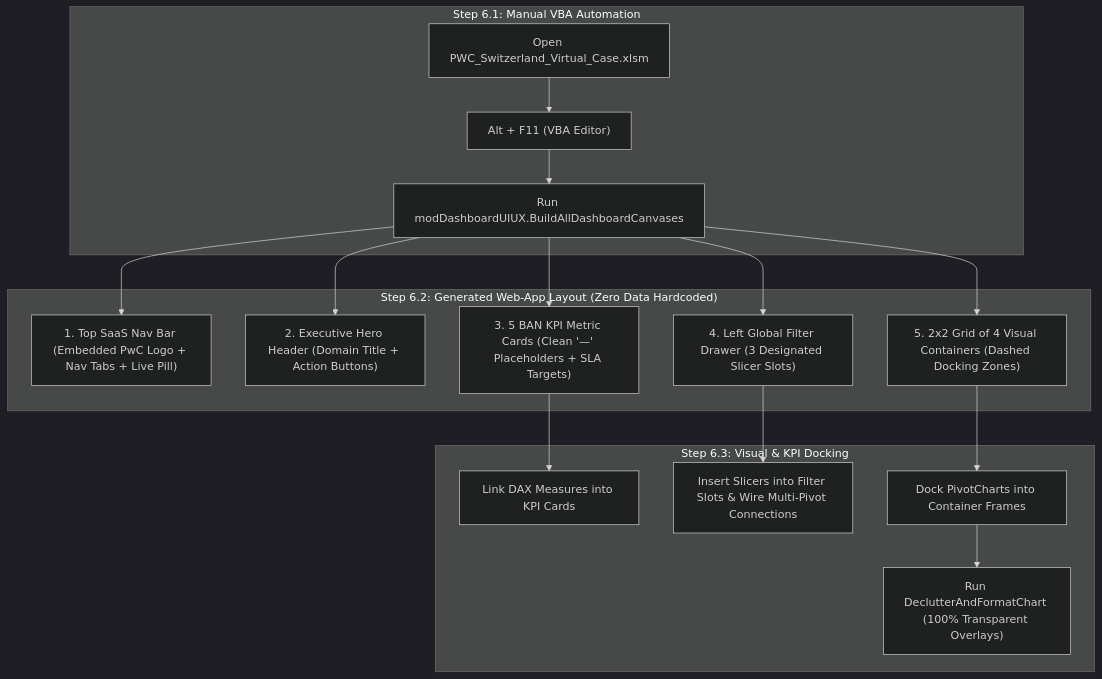
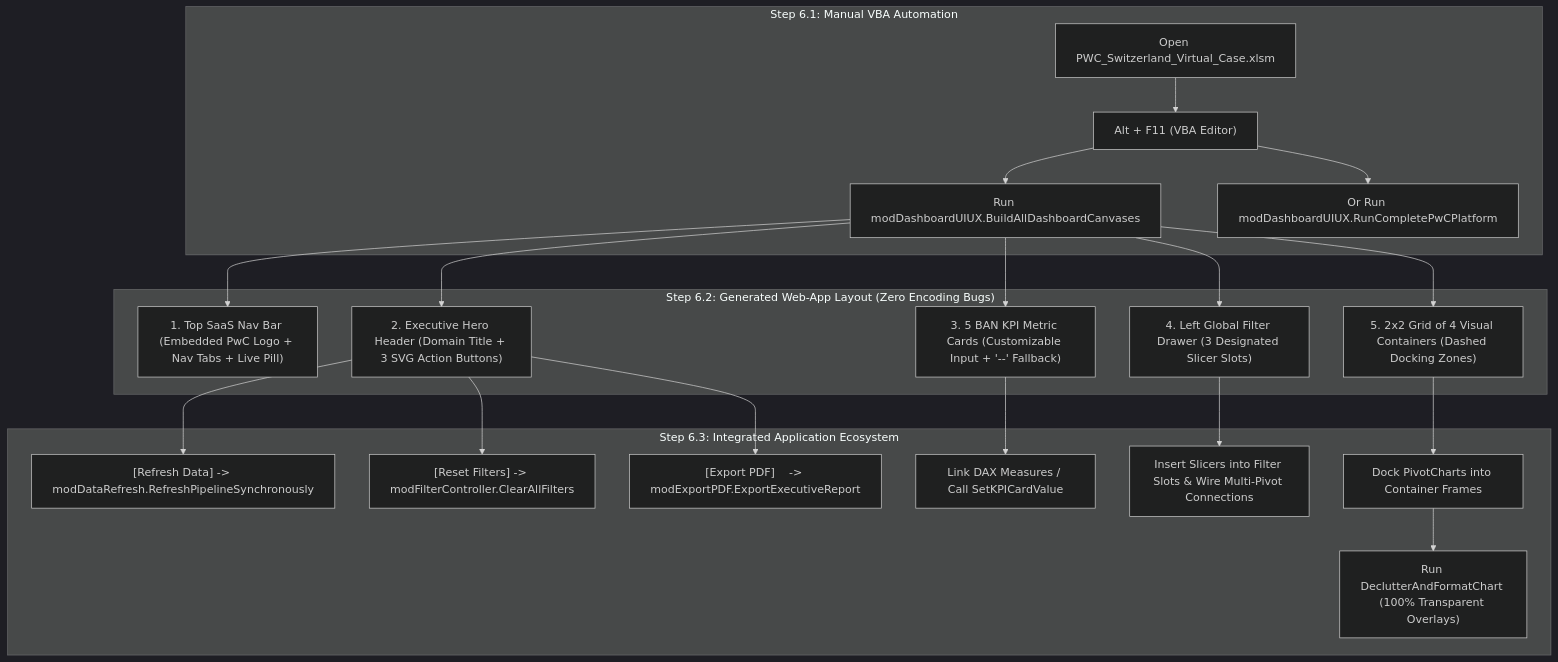
The second of 2 diagrams in docs/00_master_project_execution_guide.md (Sohila-Khaled-Abbas/pwc-switzerland-virtual-case), drawn with Mermaid (dark theme) before and after one commit. The commit also changed other lines of this file and 8 other files, not shown here.

````diff
--- a/docs/00_master_project_execution_guide.md
+++ b/docs/00_master_project_execution_guide.md
@@ -136,22 +143,26 @@
 ```mermaid
 flowchart TD
     subgraph Step1["Step 6.1: Manual VBA Automation"]
         A["Open PWC_Switzerland_Virtual_Case.xlsm"] --> B["Alt + F11 (VBA Editor)"]
         B --> C["Run modDashboardUIUX.BuildAllDashboardCanvases"]
+        B --> C2["Or Run modDashboardUIUX.RunCompletePwCPlatform"]
     end
 
-    subgraph Step2["Step 6.2: Generated Web-App Layout (Zero Data Hardcoded)"]
+    subgraph Step2["Step 6.2: Generated Web-App Layout (Zero Encoding Bugs)"]
         C --> D1["1. Top SaaS Nav Bar (Embedded PwC Logo + Nav Tabs + Live Pill)"]
-        C --> D2["2. Executive Hero Header (Domain Title + Action Buttons)"]
-        C --> D3["3. 5 BAN KPI Metric Cards (Clean '—' Placeholders + SLA Targets)"]
+        C --> D2["2. Executive Hero Header (Domain Title + 3 SVG Action Buttons)"]
+        C --> D3["3. 5 BAN KPI Metric Cards (Customizable Input + '--' Fallback)"]
         C --> D4["4. Left Global Filter Drawer (3 Designated Slicer Slots)"]
         C --> D5["5. 2x2 Grid of 4 Visual Containers (Dashed Docking Zones)"]
     end
 
-    subgraph Step3["Step 6.3: Visual & KPI Docking"]
-        D3 --> E1["Link DAX Measures into KPI Cards"]
+    subgraph Step3["Step 6.3: Integrated Application Ecosystem"]
+        D2 --> F1["[Refresh Data] -> modDataRefresh.RefreshPipelineSynchronously"]
+        D2 --> F2["[Reset Filters] -> modFilterController.ClearAllFilters"]
+        D2 --> F3["[Export PDF]    -> modExportPDF.ExportExecutiveReport"]
+        D3 --> E1["Link DAX Measures / Call SetKPICardValue"]
         D4 --> E2["Insert Slicers into Filter Slots & Wire Multi-Pivot Connections"]
         D5 --> E3["Dock PivotCharts into Container Frames"]
         E3 --> E4["Run DeclutterAndFormatChart (100% Transparent Overlays)"]
     end
 ```
````
